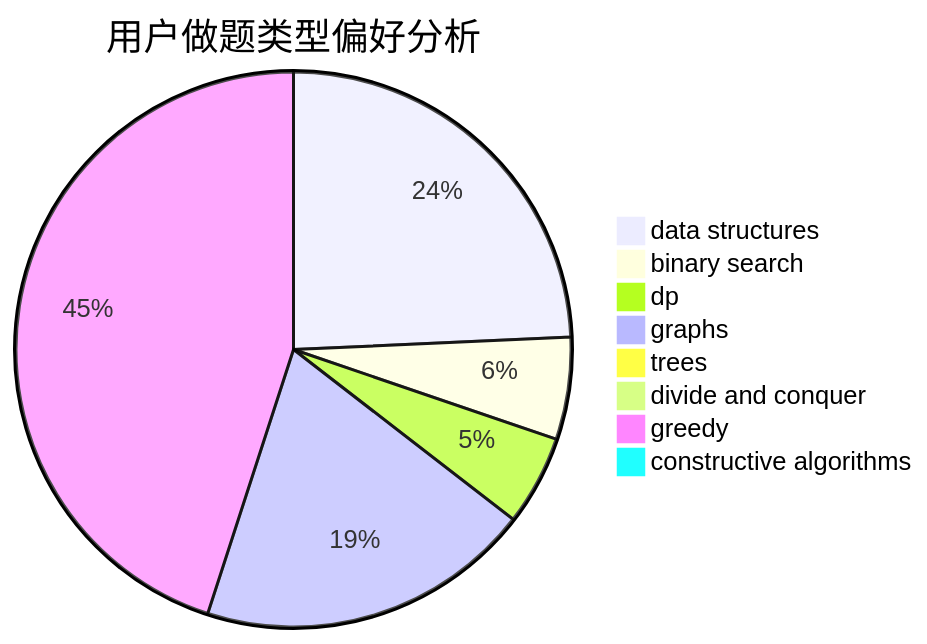
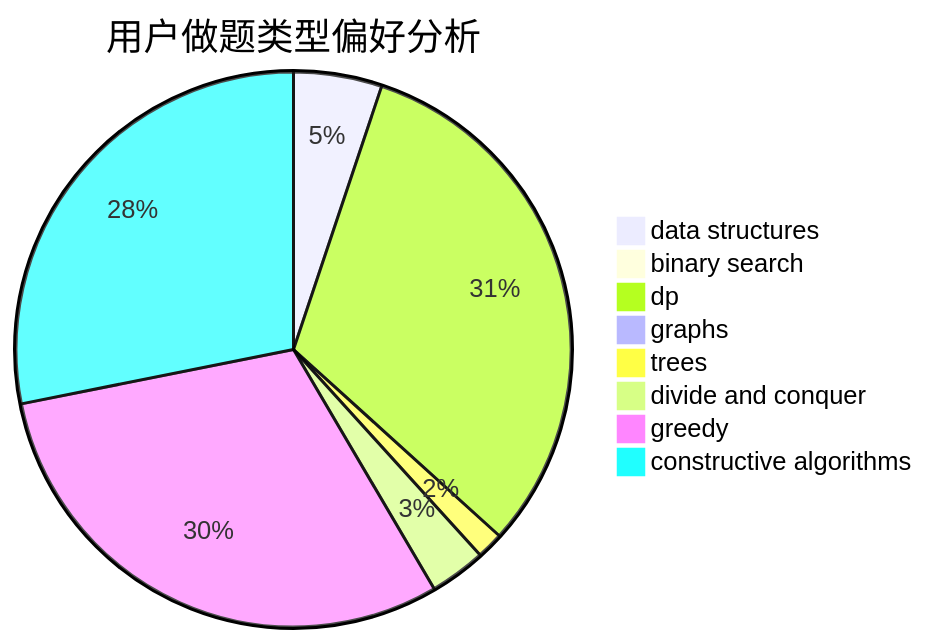
The second of 3 diagrams in docs/user/u1689.md (sherpahu/cfrs.github.io), drawn with Mermaid before and after one commit. The commit also changed other lines of this file and 2770 other files, not shown here.

````diff
--- a/docs/user/u1689.md
+++ b/docs/user/u1689.md
@@ -23,11 +23,11 @@
 ```mermaid
 pie title 用户做题类型偏好分析
-    "data structures" :  102
-    "binary search" :  25
-    "dp" :  22
-    "graphs" :  82
-    "trees" :  0
-    "divide and conquer" :  0
-    "greedy" :  189
-    "constructive algorithms" :  1
+    "data structures" :  66
+    "binary search" :  2
+    "dp" :  405
+    "graphs" :  4
+    "trees" :  20
+    "divide and conquer" :  42
+    "greedy" :  389
+    "constructive algorithms" :  361
 ```
````
